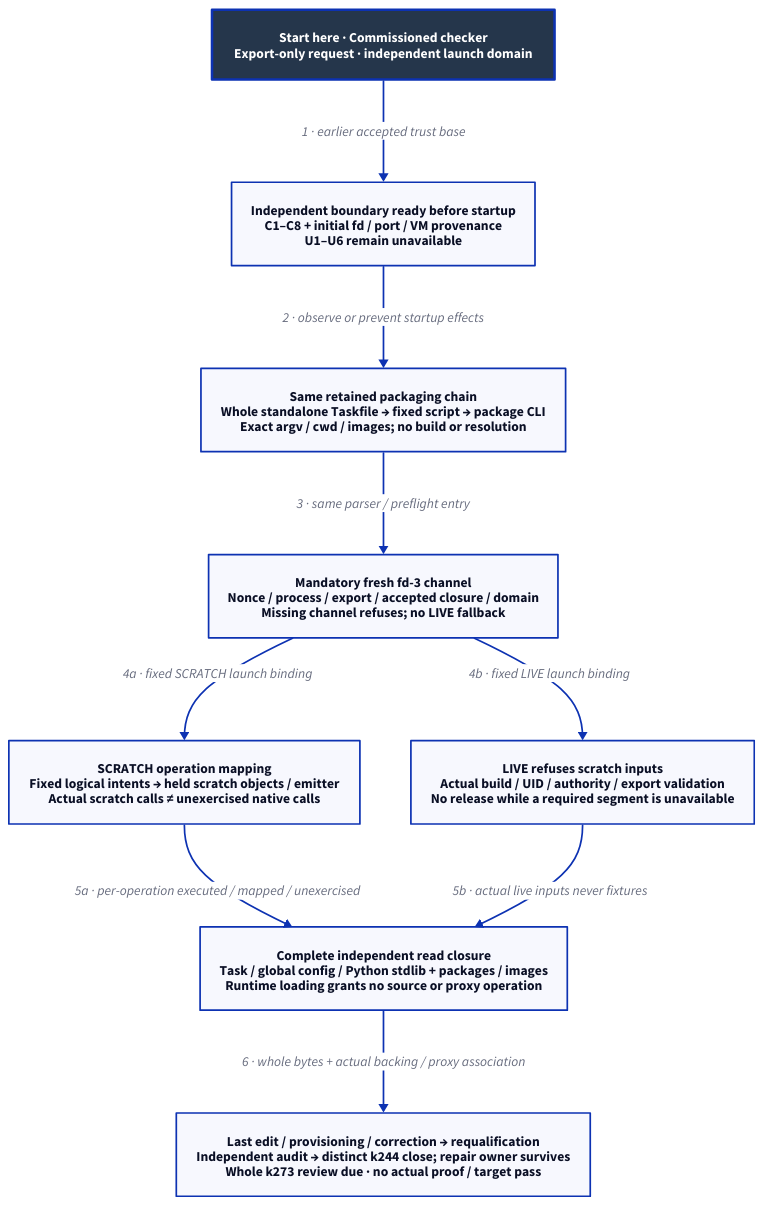
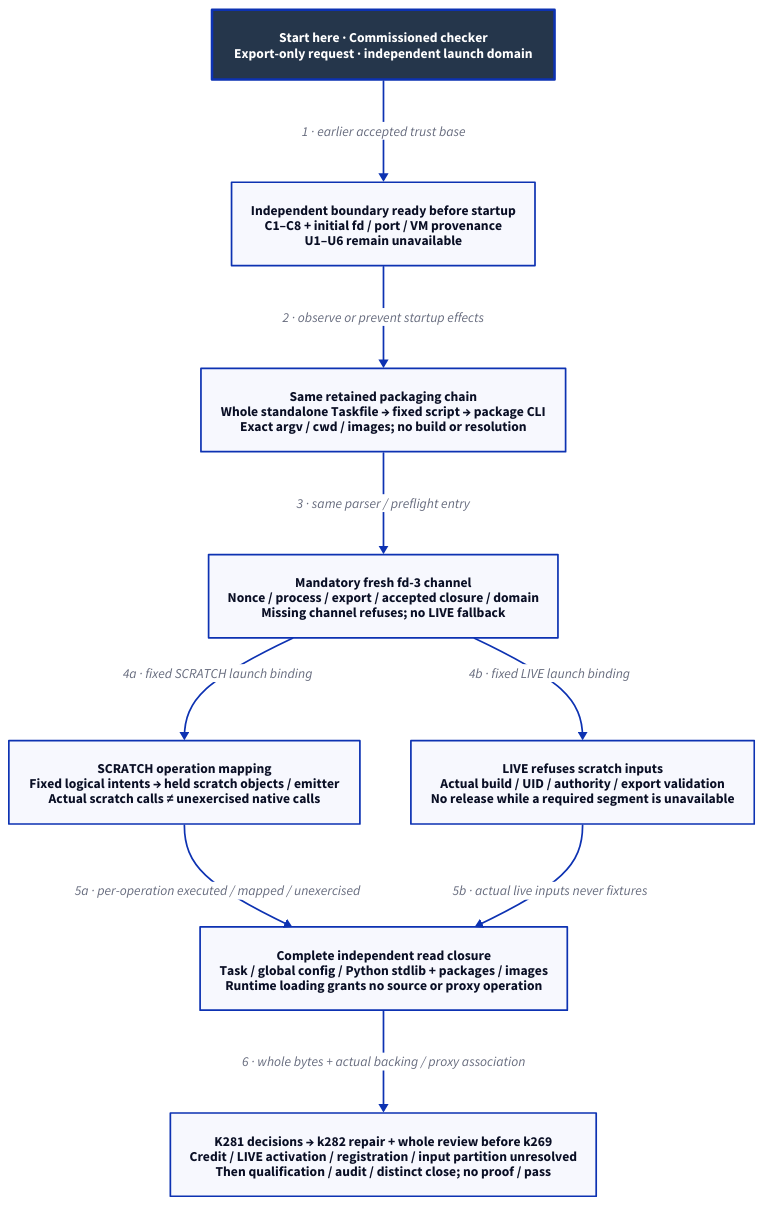
The diagram in docs/design/architecture/native-reference-packaging.d2 (Linkuistics/Koine), drawn with D2 before and after one commit. The commit also changed 51 other files, not shown here.

Commit message:
Integrate admission review, repair profile/RPC/supervision/export contracts, and place decision/design work before construction (reference-evidence-admission-repair-k280)

```diff
--- a/docs/design/architecture/native-reference-packaging.d2
+++ b/docs/design/architecture/native-reference-packaging.d2
@@ -1,21 +1,21 @@
 # Proposed retained launch/read boundary; no task, channel or runtime is qualified.
 direction: down
 classes: {
   start: {style: {fill: "#25364B"; font-color: "#FFFFFF"; bold: true; stroke-width: 3}}
 }
 Start: "Start here · Commissioned checker\nExport-only request · independent launch domain" {class: start}
 Ready: "Independent boundary ready before startup\nC1–C8 + initial fd / port / VM provenance\nU1–U6 remain unavailable"
 Task: "Same retained packaging chain\nWhole standalone Taskfile → fixed script → package CLI\nExact argv / cwd / images; no build or resolution"
 Channel: "Mandatory fresh fd-3 channel\nNonce / process / export / accepted closure / domain\nMissing channel refuses; no LIVE fallback"
 Scratch: "SCRATCH operation mapping\nFixed logical intents → held scratch objects / emitter\nActual scratch calls ≠ unexercised native calls"
 Live: "LIVE refuses scratch inputs\nActual build / UID / authority / export validation\nNo release while a required segment is unavailable"
 Closure: "Complete independent read closure\nTask / global config / Python stdlib + packages / images\nRuntime loading grants no source or proxy operation"
-Final: "Last edit / provisioning / correction → requalification\nIndependent audit → distinct k244 close; repair owner survives\nWhole k273 review due · no actual proof / target pass"
+Final: "K281 decisions → k282 repair + whole review before k269\nCredit / LIVE activation / registration / input partition unresolved\nThen qualification / audit / distinct close; no proof / pass"
 Start -> Ready: "1 · earlier accepted trust base"
 Ready -> Task: "2 · observe or prevent startup effects"
 Task -> Channel: "3 · same parser / preflight entry"
 Channel -> Scratch: "4a · fixed SCRATCH launch binding"
 Channel -> Live: "4b · fixed LIVE launch binding"
 Scratch -> Closure: "5a · per-operation executed / mapped / unexercised"
 Live -> Closure: "5b · actual live inputs never fixtures"
 Closure -> Final: "6 · whole bytes + actual backing / proxy association"
```
